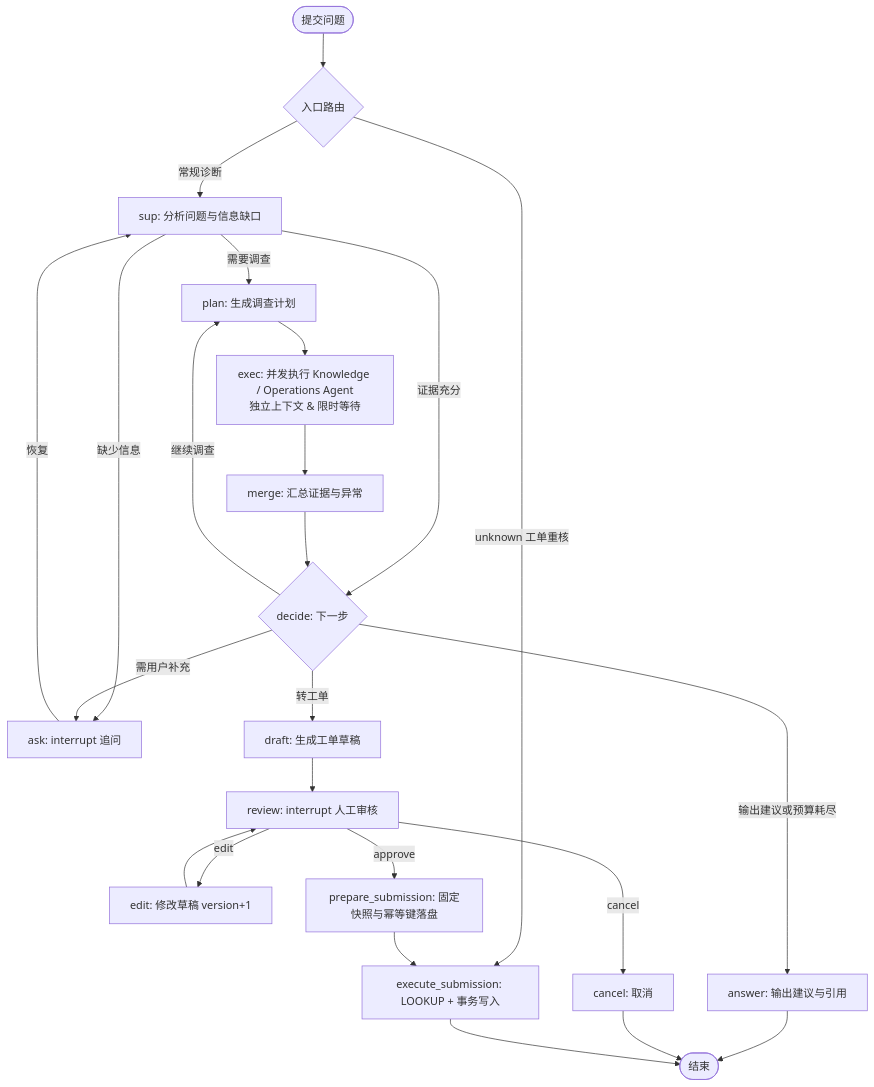
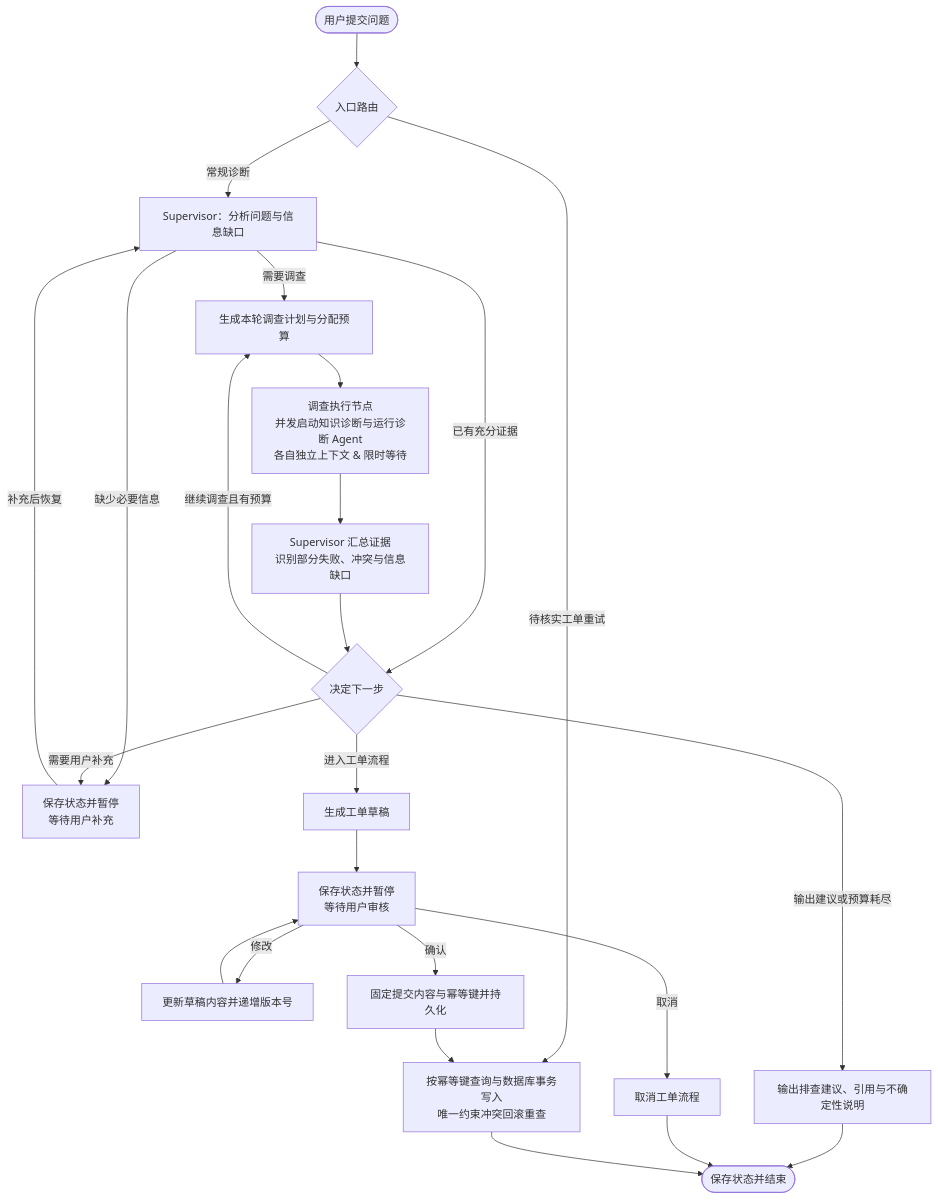
Before and after one commit to flipped2021/SupportFlow: the diagram in README.md, drawn with Mermaid. The commit also changed other lines of this file, not shown here.

Commit message:
Update flowchart and core design descriptions in README

````diff
--- a/README.md
+++ b/README.md
@@ -11,31 +11,31 @@
 ```mermaid
 flowchart TD
-    START([提交问题]) --> ROUTE{入口路由}
-    ROUTE -->|常规诊断| SUP[sup: 分析问题与信息缺口]
-    ROUTE -->|unknown 工单重核| EXEC_SUB
+    START([用户提交问题]) --> ROUTE{入口路由}
+    ROUTE -->|常规诊断| SUP[Supervisor：分析问题与信息缺口]
+    ROUTE -->|待核实工单重试| EXEC_SUB
 
-    SUP -->|缺少信息| ASK[ask: interrupt 追问]
-    ASK -->|恢复| SUP
-    SUP -->|需要调查| PLAN[plan: 生成调查计划]
-    SUP -->|证据充分| DECIDE
+    SUP -->|缺少必要信息| ASK[保存状态并暂停<br/>等待用户补充]
+    ASK -->|补充后恢复| SUP
+    SUP -->|需要调查| PLAN[生成本轮调查计划与分配预算]
+    SUP -->|已有充分证据| DECIDE
 
-    PLAN --> EXEC[exec: 并发执行 Knowledge / Operations Agent<br/>独立上下文 & 限时等待]
-    EXEC --> MERGE[merge: 汇总证据与异常]
-    MERGE --> DECIDE{decide: 下一步}
+    PLAN --> EXEC[调查执行节点<br/>并发启动知识诊断与运行诊断 Agent<br/>各自独立上下文 & 限时等待]
+    EXEC --> MERGE[Supervisor 汇总证据<br/>识别部分失败、冲突与信息缺口]
+    MERGE --> DECIDE{决定下一步}
 
-    DECIDE -->|继续调查| PLAN
-    DECIDE -->|需用户补充| ASK
-    DECIDE -->|输出建议或预算耗尽| ANSWER[answer: 输出建议与引用]
-    DECIDE -->|转工单| DRAFT[draft: 生成工单草稿]
+    DECIDE -->|继续调查且有预算| PLAN
+    DECIDE -->|需要用户补充| ASK
+    DECIDE -->|输出建议或预算耗尽| ANSWER[输出排查建议、引用与不确定性说明]
+    DECIDE -->|进入工单流程| DRAFT[生成工单草稿]
 
-    DRAFT --> REVIEW[review: interrupt 人工审核]
-    REVIEW -->|edit| EDIT[edit: 修改草稿 version+1]
+    DRAFT --> REVIEW[保存状态并暂停<br/>等待用户审核]
+    REVIEW -->|修改| EDIT[更新草稿内容并递增版本号]
     EDIT --> REVIEW
-    REVIEW -->|cancel| CANCEL[cancel: 取消]
-    REVIEW -->|approve| PREP_SUB[prepare_submission: 固定快照与幂等键落盘]
-    PREP_SUB --> EXEC_SUB[execute_submission: LOOKUP + 事务写入]
+    REVIEW -->|取消| CANCEL[取消工单流程]
+    REVIEW -->|确认| PREP_SUB[固定提交内容与幂等键并持久化]
+    PREP_SUB --> EXEC_SUB[按幂等键查询与数据库事务写入<br/>唯一约束冲突回滚重查]
 
-    ANSWER --> END([结束])
+    ANSWER --> END([保存状态并结束])
     CANCEL --> END
     EXEC_SUB --> END
 ```
````
